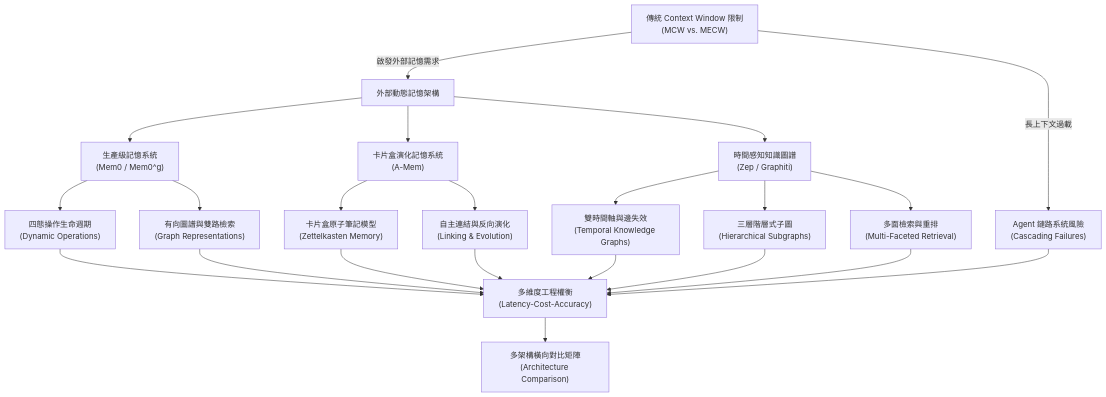
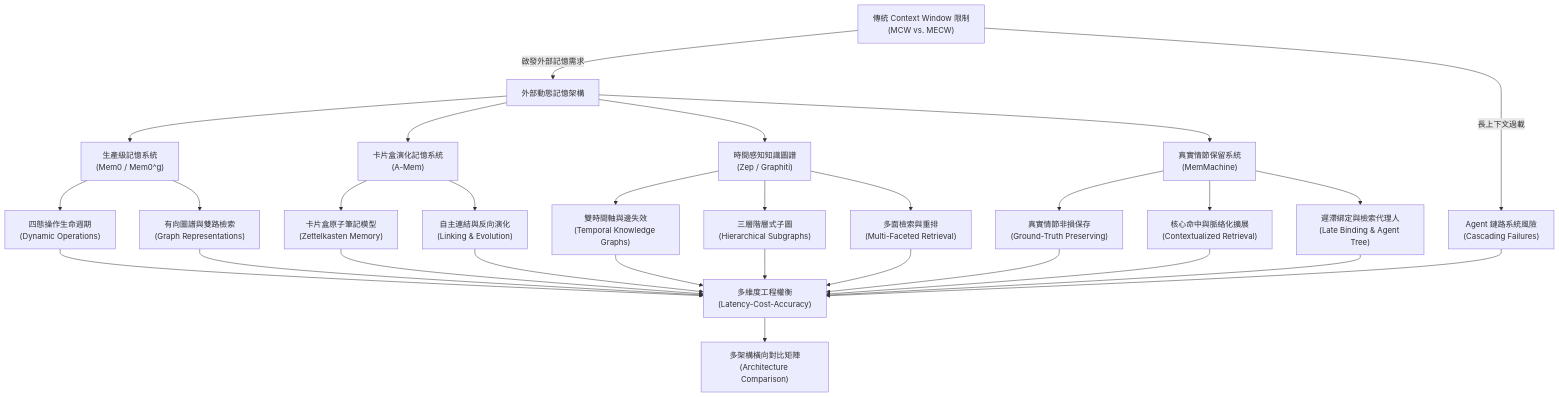
One commit to KenTW-PPD/TAICA_Generative_AI_Class-Homework_10 changed the diagram in wiki/index.md. Above: the diagram before and after it, drawn with Mermaid. The commit also changed other lines of this file and 8 other files, not shown here.

Commit message:
ingest: mem_machine

````diff
--- a/wiki/index.md
+++ b/wiki/index.md
@@ -9,30 +9,38 @@
 ```mermaid
 flowchart TD
     A["傳統 Context Window 限制<br/>(MCW vs. MECW)"] -->|啟發外部記憶需求| B["外部動態記憶架構"]
     A -->|長上下文過載| C["Agent 鏈路系統風險<br/>(Cascading Failures)"]
     
     B --> M0["生產級記憶系統<br/>(Mem0 / Mem0^g)"]
     B --> AM["卡片盒演化記憶系統<br/>(A-Mem)"]
     B --> ZP["時間感知知識圖譜<br/>(Zep / Graphiti)"]
+    B --> MM["真實情節保留系統<br/>(MemMachine)"]
     
     M0 --> D["四態操作生命週期<br/>(Dynamic Operations)"]
     M0 --> E["有向圖譜與雙路檢索<br/>(Graph Representations)"]
     
     AM --> ZK["卡片盒原子筆記模型<br/>(Zettelkasten Memory)"]
     AM --> ME["自主連結與反向演化<br/>(Linking & Evolution)"]
     
     ZP --> TG["雙時間軸與邊失效<br/>(Temporal Knowledge Graphs)"]
     ZP --> HG["三層階層式子圖<br/>(Hierarchical Subgraphs)"]
     ZP --> MR["多面檢索與重排<br/>(Multi-Faceted Retrieval)"]
     
+    MM --> GP["真實情節非損保存<br/>(Ground-Truth Preserving)"]
+    MM --> CR["核心命中與脈絡化擴展<br/>(Contextualized Retrieval)"]
+    MM --> LB["遲滯綁定與檢索代理人<br/>(Late Binding & Agent Tree)"]
+    
     D --> TR["多維度工程權衡<br/>(Latency-Cost-Accuracy)"]
     E --> TR
     ZK --> TR
     ME --> TR
     TG --> TR
     HG --> TR
     MR --> TR
+    GP --> TR
+    CR --> TR
+    LB --> TR
     C --> TR
     
     TR --> COMP["多架構橫向對比矩陣<br/>(Architecture Comparison)"]
 ```
````
